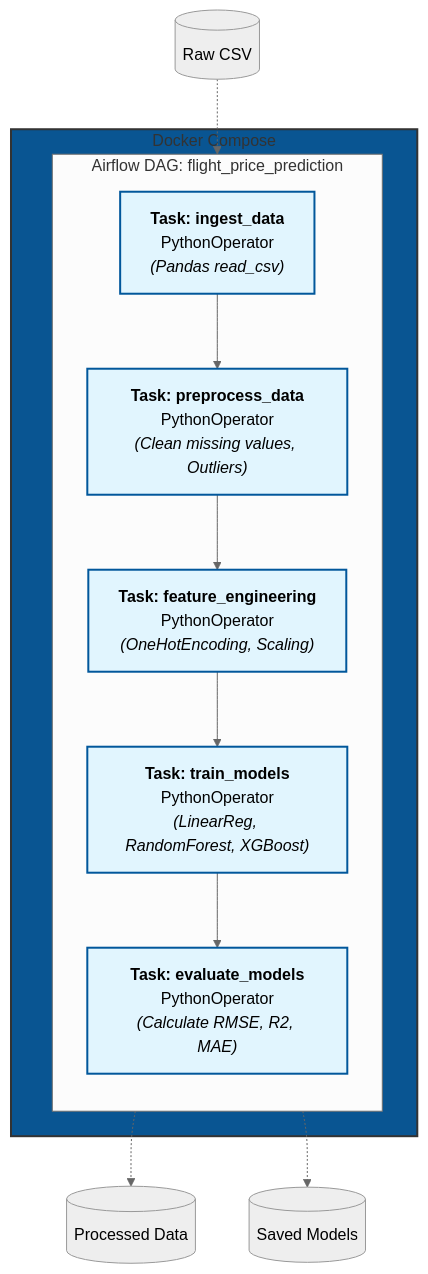
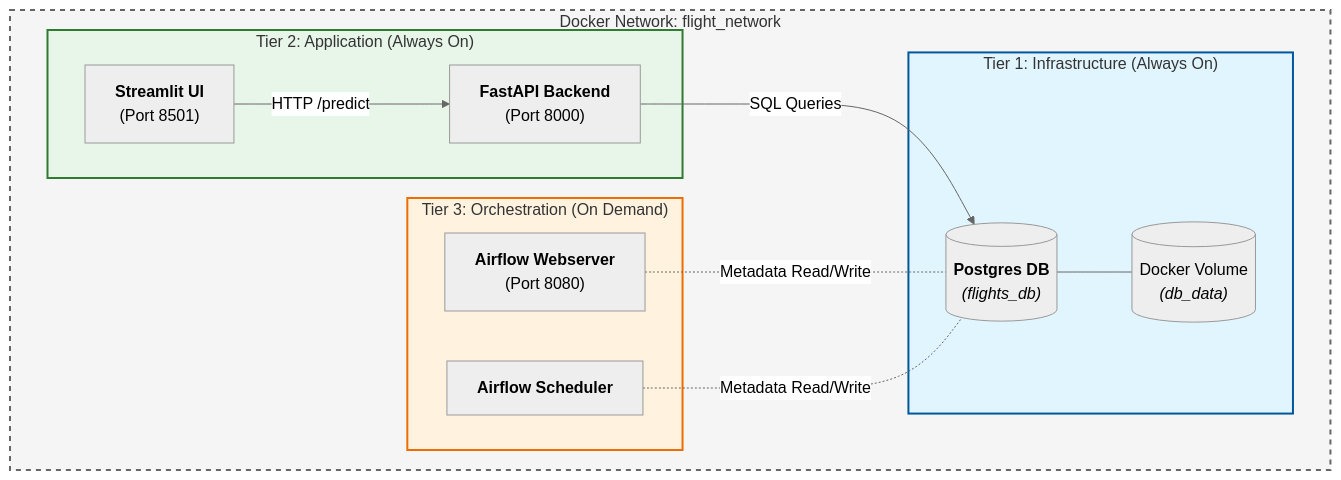
Before and after one commit to eli-bigman/flight-price-prediction: the diagram in README.md, drawn with Mermaid (neutral theme). The commit also changed other lines of this file, not shown here.

````diff
--- a/README.md
+++ b/README.md
@@ -22,29 +23,31 @@
 ```mermaid
 graph TD
-    subgraph Infrastructure ["Docker Compose"]
-        style Infrastructure fill:#095592,stroke:#333,stroke-width:2px
+    subgraph Network ["Docker Network: flight_network"]
+        style Network fill:#f5f5f5,stroke:#666,stroke-width:2px,stroke-dasharray: 5 5
 
-        subgraph Airflow ["Airflow DAG: flight_price_prediction"]
-            direction TB
+        subgraph Infrastructure ["Tier 1: Infrastructure (Always On)"]
+            style Infrastructure fill:#e1f5fe,stroke:#01579b,stroke-width:2px
+            DB[("<b>Postgres DB</b><br><i>(flights_db)</i>")]
+            Vol[("Docker Volume<br><i>(db_data)</i>")]
+            DB --- Vol
+        end
 
-            T1["<b>Task: ingest_data</b><br/>PythonOperator<br/><i>(Pandas read_csv)</i>"]
-            T2["<b>Task: preprocess_data</b><br/>PythonOperator<br/><i>(Clean missing values, Outliers)</i>"]
-            T3["<b>Task: feature_engineering</b><br/>PythonOperator<br/><i>(OneHotEncoding, Scaling)</i>"]
-            T4["<b>Task: train_models</b><br/>PythonOperator<br/><i>(LinearReg, RandomForest, XGBoost)</i>"]
-            T5["<b>Task: evaluate_models</b><br/>PythonOperator<br/><i>(Calculate RMSE, R2, MAE)</i>"]
+        subgraph AppStack ["Tier 2: Application (Always On)"]
+            style AppStack fill:#e8f5e9,stroke:#2e7d32,stroke-width:2px
+            UI["<b>Streamlit UI</b><br>(Port 8501)"]
+            API["<b>FastAPI Backend</b><br>(Port 8000)"]
 
-            T1 --> T2
-            T2 --> T3
-            T3 --> T4
-            T4 --> T5
+            UI -->|"HTTP /predict"| API
+            API -->|"SQL Queries"| DB
+        end
+
+        subgraph JobStack ["Tier 3: Orchestration (On Demand)"]
+            style JobStack fill:#fff3e0,stroke:#ef6c00,stroke-width:2px
+            Web["<b>Airflow Webserver</b><br>(Port 8080)"]
+            Sch["<b>Airflow Scheduler</b>"]
+
+            Web -.-|"Metadata Read/Write"| DB
+            Sch -.-|"Metadata Read/Write"| DB
         end
     end
-
-    %% Data flow annotations
-    D1[("Raw CSV")] -.-> T1
-    T3 -.-> D2[("Processed Data")]
-    T4 -.-> M[("Saved Models")]
-
-    classDef task fill:#e1f5fe,stroke:#01579b,stroke-width:2px;
-    class T1,T2,T3,T4,T5 task;
 ```
````
